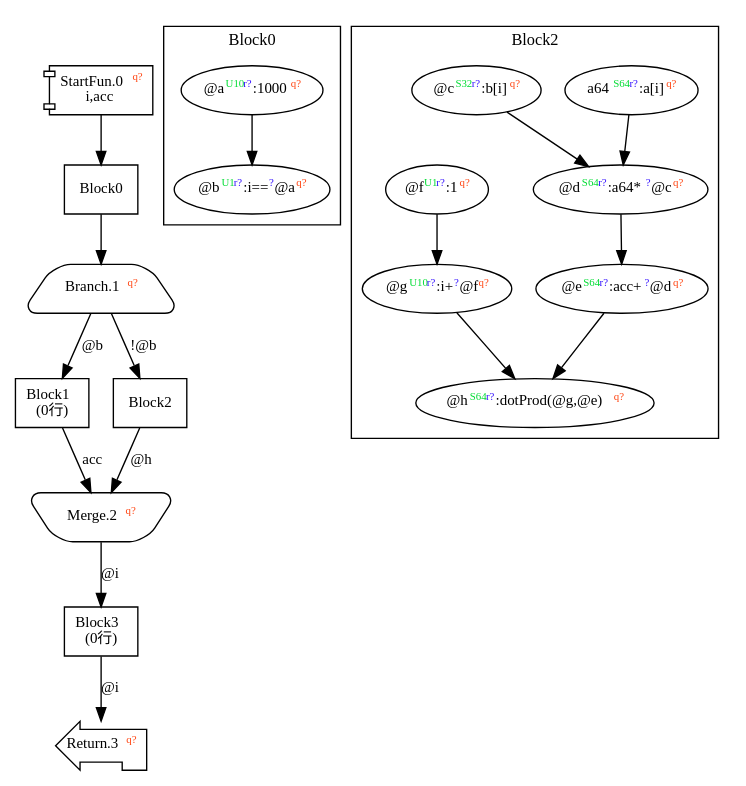
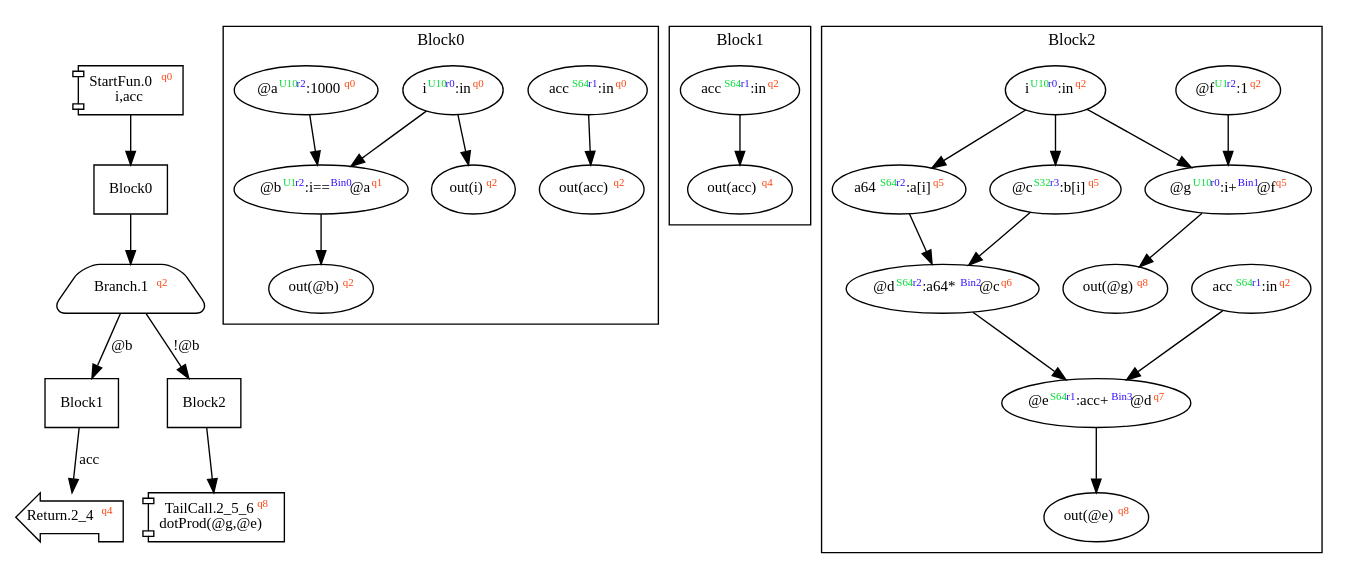
Before and after one commit to akouryy/SyntheScala: the diagram in dist/dotProd.dot, drawn with Graphviz. The commit also changed 25 other files, not shown here.

```diff
--- a/dist/dotProd.dot
+++ b/dist/dotProd.dot
@@ -1,36 +1,46 @@
 digraph Program_ {
 graph [fontname = "Monaco", fontsize = 12, ranksep = 0.5];
 node [shape = box, fontname = "Monaco", fontsize = 11; colorscheme = pastel19];
 edge [fontname = "Monaco", fontsize = 11; colorscheme = pastel19];
-Jump0[label = <StartFun.0<font color="#ff4411" point-size="8"><sup>q?</sup></font><br/>i,acc>; shape = component];
+Jump0[label = <StartFun.0<font color="#ff4411" point-size="8"><sup>q0</sup></font><br/>i,acc>; shape = component];
 Jump0 -> Block0;
 Jump1[
-  label = <Branch.1<font color="#ff4411" point-size="8"><sup>q?</sup></font>>;
+  label = <Branch.1<font color="#ff4411" point-size="8"><sup>q2</sup></font>>;
   shape = trapezium; style = rounded;
 ];
 Block0 -> Jump1;
 Jump1 -> Block1 [label="@b"];
 Jump1 -> Block2 [label="!@b"];
-Jump2[label = <Merge.2<font color="#ff4411" point-size="8"><sup>q?</sup></font>>; shape = invtrapezium; style = rounded];
-Block1 -> Jump2 [label="acc"];Block2 -> Jump2 [label="@h"];
-Jump2 -> Block3 [label="@i"];
-Jump3[label = <Return.3<font color="#ff4411" point-size="8"><sup>q?</sup></font>>; shape = lpromoter];
-Block3 -> Jump3 [label="@i"];
+Jump2_4[label = <Return.2_4<font color="#ff4411" point-size="8"><sup>q4</sup></font>>; shape = lpromoter];
+Block1 -> Jump2_4 [label="acc"];
+Jump2_5_6[label = <TailCall.2_5_6<font color="#ff4411" point-size="8"><sup>q8</sup></font><br/>dotProd(@g,@e)>; shape = component];
+Block2 -> Jump2_5_6;
 Block0 [label = "Block0"];
-Block1 [label = "Block1\l(0行)"]
+Block1 [label = "Block1"];
 Block2 [label = "Block2"];
-Block3 [label = "Block3\l(0行)"]
 subgraph cluster_dfg_Block0{
 node [shape = oval];
 label = "Block0";
-ndBlock0_0 [label=<@a<font color="#00dd33" point-size="8"><sup>U10</sup></font><font color="#3311ff" point-size="8"><sup>r?</sup></font>:1000<font color="#ff4411" point-size="8"><sup>q?</sup></font>>];ndBlock0_1 [label=<@b<font color="#00dd33" point-size="8"><sup>U1</sup></font><font color="#3311ff" point-size="8"><sup>r?</sup></font>:i==<font color="#3311ff" point-size="8"><sup>?</sup></font>@a<font color="#ff4411" point-size="8"><sup>q?</sup></font>>];ndBlock0_0 -> ndBlock0_1;
+ndBlock0_0 [label=<@b<font color="#00dd33" point-size="8"><sup>U1</sup></font><font color="#3311ff" point-size="8"><sup>r2</sup></font>:i==<font color="#3311ff" point-size="8"><sup>Bin0</sup></font>@a<font color="#ff4411" point-size="8"><sup>q1</sup></font>>];ndBlock0_1 [label=<out(acc)<font color="#ff4411" point-size="8"><sup>q2</sup></font>>];ndBlock0_2 [label=<acc<font color="#00dd33" point-size="8"><sup>S64</sup></font><font color="#3311ff" point-size="8"><sup>r1</sup></font>:in<font color="#ff4411" point-size="8"><sup>q0</sup></font>>];ndBlock0_3 [label=<i<font color="#00dd33" point-size="8"><sup>U10</sup></font><font color="#3311ff" point-size="8"><sup>r0</sup></font>:in<font color="#ff4411" point-size="8"><sup>q0</sup></font>>];ndBlock0_4 [label=<out(@b)<font color="#ff4411" point-size="8"><sup>q2</sup></font>>];ndBlock0_5 [label=<@a<font color="#00dd33" point-size="8"><sup>U10</sup></font><font color="#3311ff" point-size="8"><sup>r2</sup></font>:1000<font color="#ff4411" point-size="8"><sup>q0</sup></font>>];ndBlock0_6 [label=<out(i)<font color="#ff4411" point-size="8"><sup>q2</sup></font>>];ndBlock0_2 -> ndBlock0_1;
+ndBlock0_0 -> ndBlock0_4;
+ndBlock0_3 -> ndBlock0_0;
+ndBlock0_5 -> ndBlock0_0;
+ndBlock0_3 -> ndBlock0_6;
+}subgraph cluster_dfg_Block1{
+node [shape = oval];
+label = "Block1";
+ndBlock1_0 [label=<acc<font color="#00dd33" point-size="8"><sup>S64</sup></font><font color="#3311ff" point-size="8"><sup>r1</sup></font>:in<font color="#ff4411" point-size="8"><sup>q2</sup></font>>];ndBlock1_1 [label=<out(acc)<font color="#ff4411" point-size="8"><sup>q4</sup></font>>];ndBlock1_0 -> ndBlock1_1;
 }subgraph cluster_dfg_Block2{
 node [shape = oval];
 label = "Block2";
-ndBlock2_0 [label=<@g<font color="#00dd33" point-size="8"><sup>U10</sup></font><font color="#3311ff" point-size="8"><sup>r?</sup></font>:i+<font color="#3311ff" point-size="8"><sup>?</sup></font>@f<font color="#ff4411" point-size="8"><sup>q?</sup></font>>];ndBlock2_1 [label=<a64<font color="#00dd33" point-size="8"><sup>S64</sup></font><font color="#3311ff" point-size="8"><sup>r?</sup></font>:a[i]<font color="#ff4411" point-size="8"><sup>q?</sup></font>>];ndBlock2_2 [label=<@c<font color="#00dd33" point-size="8"><sup>S32</sup></font><font color="#3311ff" point-size="8"><sup>r?</sup></font>:b[i]<font color="#ff4411" point-size="8"><sup>q?</sup></font>>];ndBlock2_3 [label=<@d<font color="#00dd33" point-size="8"><sup>S64</sup></font><font color="#3311ff" point-size="8"><sup>r?</sup></font>:a64*<font color="#3311ff" point-size="8"><sup>?</sup></font>@c<font color="#ff4411" point-size="8"><sup>q?</sup></font>>];ndBlock2_4 [label=<@e<font color="#00dd33" point-size="8"><sup>S64</sup></font><font color="#3311ff" point-size="8"><sup>r?</sup></font>:acc+<font color="#3311ff" point-size="8"><sup>?</sup></font>@d<font color="#ff4411" point-size="8"><sup>q?</sup></font>>];ndBlock2_5 [label=<@f<font color="#00dd33" point-size="8"><sup>U1</sup></font><font color="#3311ff" point-size="8"><sup>r?</sup></font>:1<font color="#ff4411" point-size="8"><sup>q?</sup></font>>];ndBlock2_6 [label=<@h<font color="#00dd33" point-size="8"><sup>S64</sup></font><font color="#3311ff" point-size="8"><sup>r?</sup></font>:dotProd(@g,@e)<font color="#ff4411" point-size="8"><sup>q?</sup></font>>];ndBlock2_1 -> ndBlock2_3;
-ndBlock2_2 -> ndBlock2_3;
-ndBlock2_3 -> ndBlock2_4;
-ndBlock2_0 -> ndBlock2_6;
-ndBlock2_4 -> ndBlock2_6;
-ndBlock2_5 -> ndBlock2_0;
+ndBlock2_0 [label=<@g<font color="#00dd33" point-size="8"><sup>U10</sup></font><font color="#3311ff" point-size="8"><sup>r0</sup></font>:i+<font color="#3311ff" point-size="8"><sup>Bin1</sup></font>@f<font color="#ff4411" point-size="8"><sup>q5</sup></font>>];ndBlock2_1 [label=<out(@e)<font color="#ff4411" point-size="8"><sup>q8</sup></font>>];ndBlock2_2 [label=<@d<font color="#00dd33" point-size="8"><sup>S64</sup></font><font color="#3311ff" point-size="8"><sup>r2</sup></font>:a64*<font color="#3311ff" point-size="8"><sup>Bin2</sup></font>@c<font color="#ff4411" point-size="8"><sup>q6</sup></font>>];ndBlock2_3 [label=<acc<font color="#00dd33" point-size="8"><sup>S64</sup></font><font color="#3311ff" point-size="8"><sup>r1</sup></font>:in<font color="#ff4411" point-size="8"><sup>q2</sup></font>>];ndBlock2_4 [label=<out(@g)<font color="#ff4411" point-size="8"><sup>q8</sup></font>>];ndBlock2_5 [label=<@f<font color="#00dd33" point-size="8"><sup>U1</sup></font><font color="#3311ff" point-size="8"><sup>r2</sup></font>:1<font color="#ff4411" point-size="8"><sup>q2</sup></font>>];ndBlock2_6 [label=<a64<font color="#00dd33" point-size="8"><sup>S64</sup></font><font color="#3311ff" point-size="8"><sup>r2</sup></font>:a[i]<font color="#ff4411" point-size="8"><sup>q5</sup></font>>];ndBlock2_7 [label=<@e<font color="#00dd33" point-size="8"><sup>S64</sup></font><font color="#3311ff" point-size="8"><sup>r1</sup></font>:acc+<font color="#3311ff" point-size="8"><sup>Bin3</sup></font>@d<font color="#ff4411" point-size="8"><sup>q7</sup></font>>];ndBlock2_8 [label=<i<font color="#00dd33" point-size="8"><sup>U10</sup></font><font color="#3311ff" point-size="8"><sup>r0</sup></font>:in<font color="#ff4411" point-size="8"><sup>q2</sup></font>>];ndBlock2_9 [label=<@c<font color="#00dd33" point-size="8"><sup>S32</sup></font><font color="#3311ff" point-size="8"><sup>r3</sup></font>:b[i]<font color="#ff4411" point-size="8"><sup>q5</sup></font>>];ndBlock2_5 -> ndBlock2_0;
+ndBlock2_8 -> ndBlock2_0;
+ndBlock2_0 -> ndBlock2_4;
+ndBlock2_8 -> ndBlock2_6;
+ndBlock2_8 -> ndBlock2_9;
+ndBlock2_7 -> ndBlock2_1;
+ndBlock2_2 -> ndBlock2_7;
+ndBlock2_3 -> ndBlock2_7;
+ndBlock2_6 -> ndBlock2_2;
+ndBlock2_9 -> ndBlock2_2;
 }}
```
